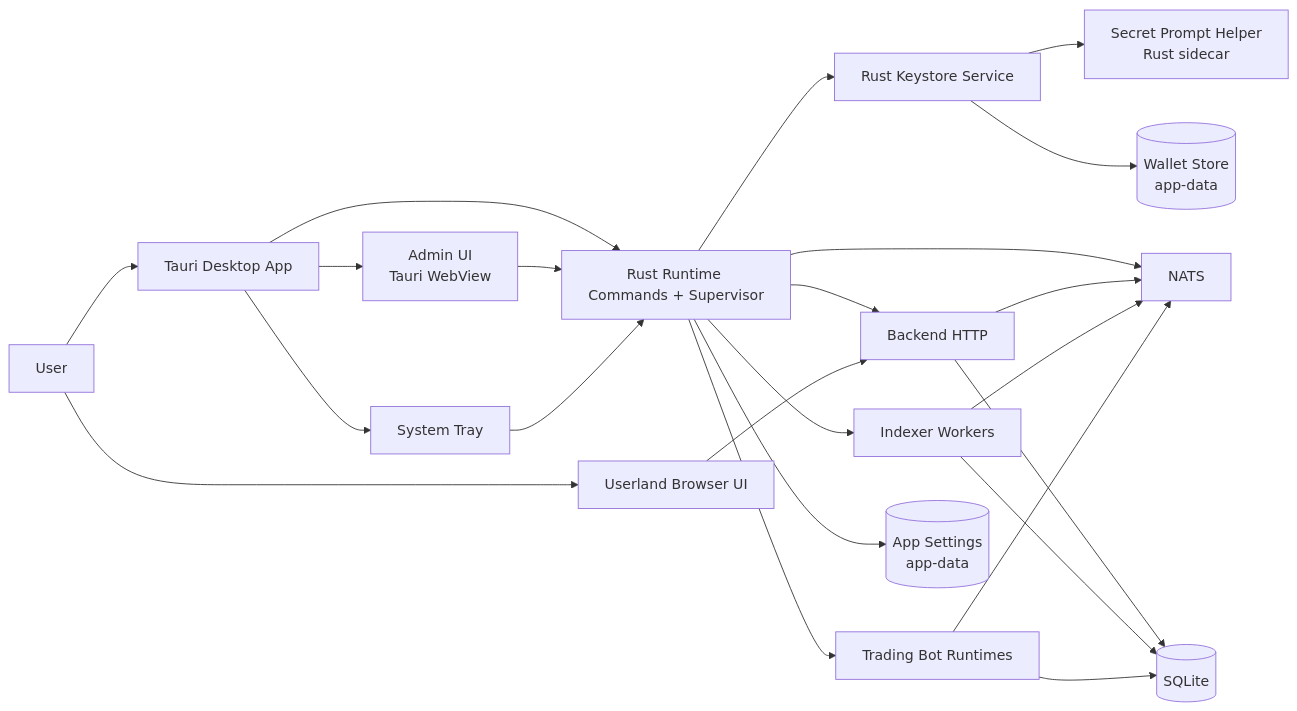
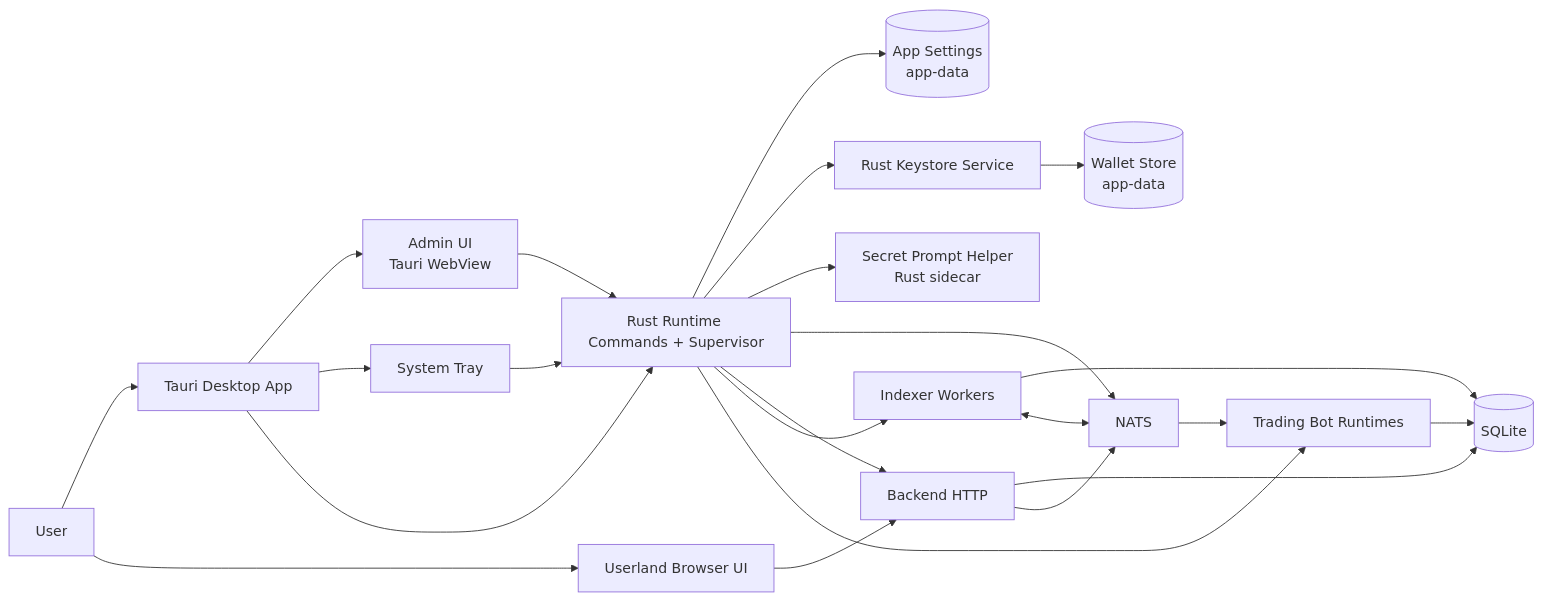
One commit to d347h-eth/artgod changed the diagram in docs/diagrams/00-desktop-components.md. Above: the diagram before and after it, drawn with Mermaid. The commit also changed 40 other files, not shown here.

````diff
--- a/docs/diagrams/00-desktop-components.md
+++ b/docs/diagrams/00-desktop-components.md
@@ -5,45 +5,45 @@
 ```mermaid
 flowchart LR
     U[User]
     TW[Tauri Desktop App]
     AU[Admin UI<br/>Tauri WebView]
     TR[System Tray]
     RT[Rust Runtime Commands + Supervisor]
     KS[Rust Keystore Service]
     SP[Secret Prompt Helper<br/>Rust sidecar]
     NATS[NATS]
     BE[Backend HTTP]
     IDX[Indexer Workers]
     BOT[Trading Bot Runtimes]
     B[Userland Browser UI]
     DB[(SQLite)]
     AS[(App Settings<br/>app-data)]
     WS[(Wallet Store<br/>app-data)]
 
     U --> TW
     TW --> AU
     TW --> TR
     TW --> RT
 
     AU --> RT
     TR --> RT
     RT --> AS
     RT --> KS
-    KS --> SP
+    RT --> SP
     KS --> WS
 
     RT --> NATS
     RT --> BE
     RT --> IDX
     RT --> BOT
 
     BE --> DB
     BE --> NATS
     IDX --> DB
-    IDX --> NATS
-    BOT --> NATS
+    IDX <--> NATS
+    NATS --> BOT
     BOT --> DB
 
     U --> B
     B --> BE
 ```
````
